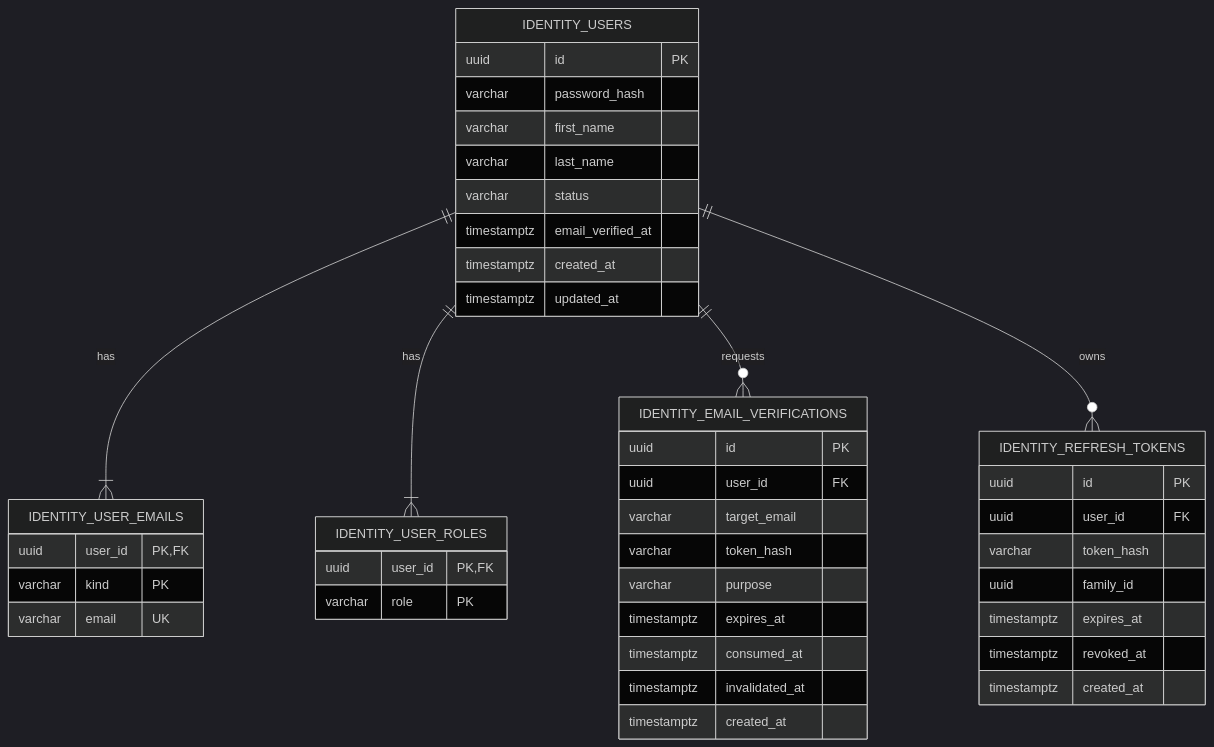
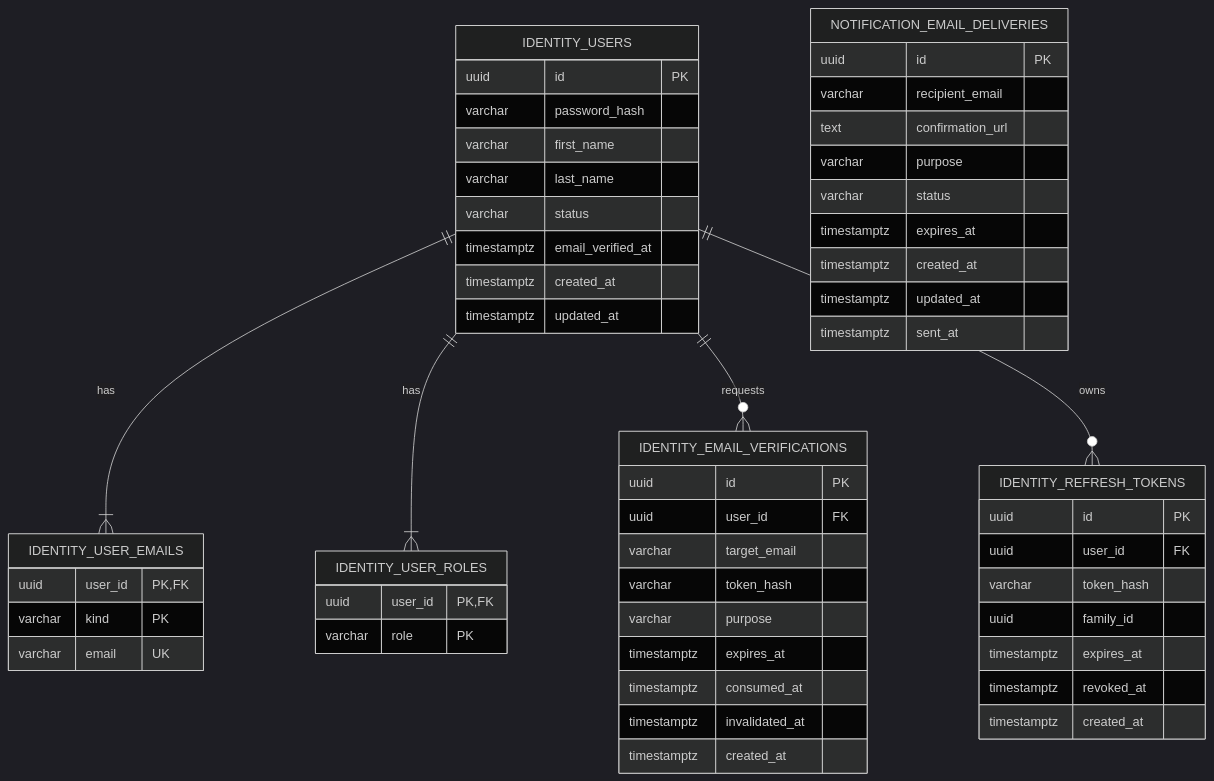
Before and after one commit to EdTechDevelopment/EdTech: the diagram in docs/architecture/catalog/database.md, drawn with Mermaid (dark theme). The commit also changed other lines of this file and 85 other files, not shown here.

````diff
--- a/docs/architecture/catalog/database.md
+++ b/docs/architecture/catalog/database.md
@@ -9,51 +15,63 @@
 ```mermaid
 erDiagram
     IDENTITY_USERS ||--|{ IDENTITY_USER_EMAILS : has
     IDENTITY_USERS ||--|{ IDENTITY_USER_ROLES : has
     IDENTITY_USERS ||--o{ IDENTITY_EMAIL_VERIFICATIONS : requests
     IDENTITY_USERS ||--o{ IDENTITY_REFRESH_TOKENS : owns
 
     IDENTITY_USERS {
         uuid id PK
         varchar password_hash
         varchar first_name
         varchar last_name
         varchar status
         timestamptz email_verified_at
         timestamptz created_at
         timestamptz updated_at
     }
 
     IDENTITY_USER_EMAILS {
         uuid user_id PK,FK
         varchar kind PK
         varchar email UK
     }
 
     IDENTITY_USER_ROLES {
         uuid user_id PK,FK
         varchar role PK
     }
 
     IDENTITY_EMAIL_VERIFICATIONS {
         uuid id PK
         uuid user_id FK
         varchar target_email
         varchar token_hash
         varchar purpose
         timestamptz expires_at
         timestamptz consumed_at
         timestamptz invalidated_at
         timestamptz created_at
     }
 
     IDENTITY_REFRESH_TOKENS {
         uuid id PK
         uuid user_id FK
         varchar token_hash
         uuid family_id
         timestamptz expires_at
         timestamptz revoked_at
         timestamptz created_at
     }
+
+    NOTIFICATION_EMAIL_DELIVERIES {
+        uuid id PK
+        varchar recipient_email
+        text confirmation_url
+        varchar purpose
+        varchar status
+        timestamptz expires_at
+        timestamptz created_at
+        timestamptz updated_at
+        timestamptz sent_at
+    }
 ```
````
